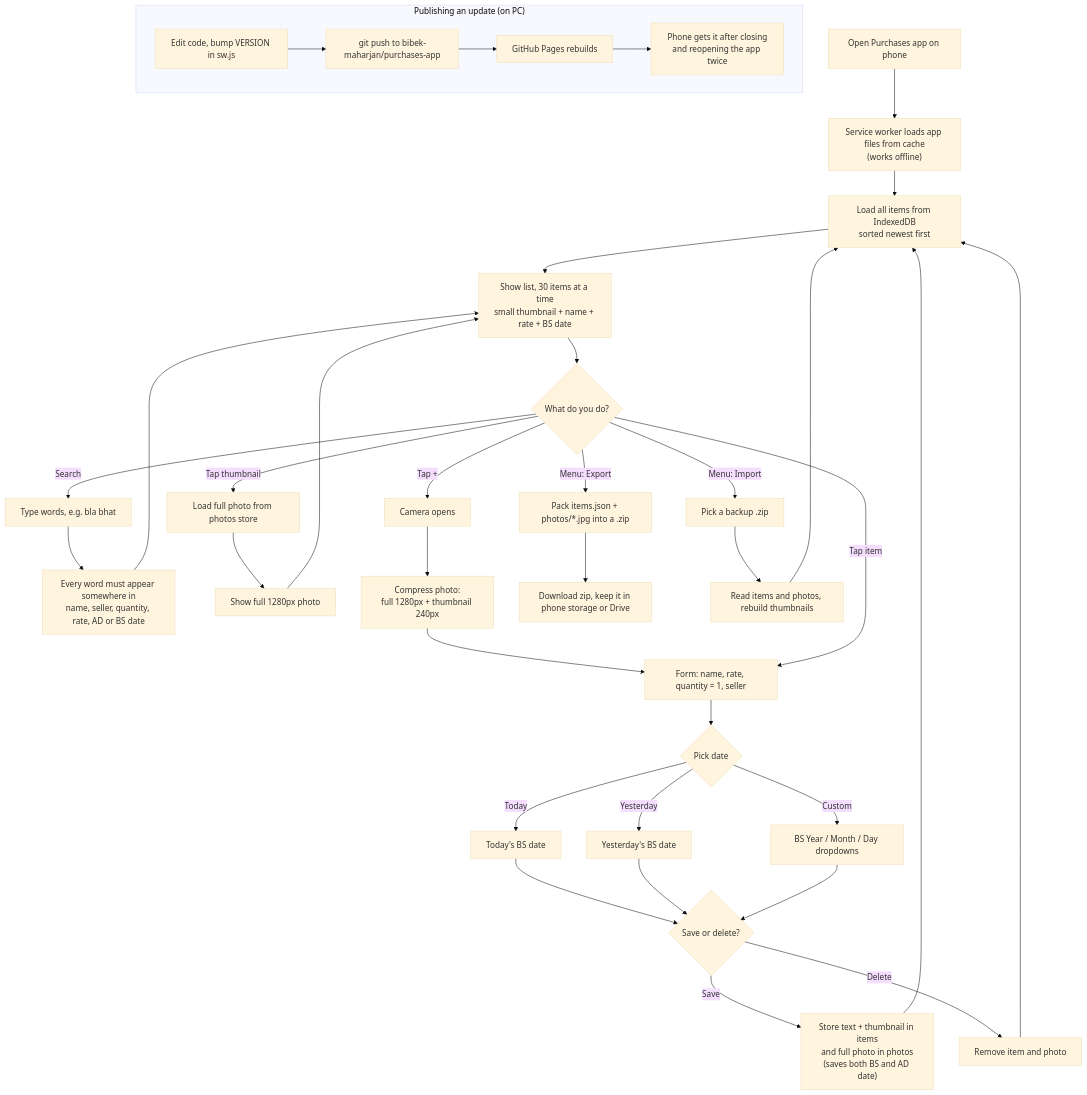
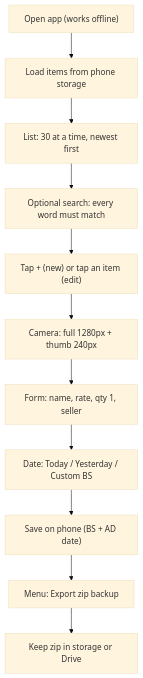
Before and after one commit to bibek-maharjan/purchases-app: the diagram in purchases-flow.mmd, drawn with Mermaid (base theme).

Commit message:
Narrow flow diagram for terminal

```diff
--- a/purchases-flow.mmd
+++ b/purchases-flow.mmd
@@ -1,41 +1,11 @@
 flowchart TD
-    A["Open Purchases app on phone"] --> B["Service worker loads app files from cache<br/>(works offline)"]
-    B --> C["Load all items from IndexedDB<br/>sorted newest first"]
-    C --> D["Show list, 30 items at a time<br/>small thumbnail + name + rate + BS date"]
-    D --> E{"What do you do?"}
-
-    E -->|Search| S1["Type words, e.g. bla bhat"]
-    S1 --> S2["Every word must appear somewhere in<br/>name, seller, quantity, rate, AD or BS date"]
-    S2 --> D
-
-    E -->|Tap thumbnail| V1["Load full photo from photos store"]
-    V1 --> V2["Show full 1280px photo"]
-    V2 --> D
-
-    E -->|Tap +| N1["Camera opens"]
-    N1 --> N2["Compress photo:<br/>full 1280px + thumbnail 240px"]
-    N2 --> F["Form: name, rate, quantity = 1, seller"]
-    E -->|Tap item| F
-    F --> G{"Pick date"}
-    G -->|Today| H["Today's BS date"]
-    G -->|Yesterday| H2["Yesterday's BS date"]
-    G -->|Custom| H3["BS Year / Month / Day dropdowns"]
-    H --> I{"Save or delete?"}
-    H2 --> I
-    H3 --> I
-    I -->|Save| J["Store text + thumbnail in items<br/>and full photo in photos<br/>(saves both BS and AD date)"]
-    I -->|Delete| K["Remove item and photo"]
-    J --> C
-    K --> C
-
-    E -->|Menu: Export| X1["Pack items.json + photos/*.jpg into a .zip"]
-    X1 --> X2["Download zip, keep it in phone storage or Drive"]
-    E -->|Menu: Import| Y1["Pick a backup .zip"]
-    Y1 --> Y2["Read items and photos, rebuild thumbnails"]
-    Y2 --> C
-
-    subgraph Update["Publishing an update (on PC)"]
-        U1["Edit code, bump VERSION in sw.js"] --> U2["git push to bibek-maharjan/purchases-app"]
-        U2 --> U3["GitHub Pages rebuilds"]
-        U3 --> U4["Phone gets it after closing<br/>and reopening the app twice"]
-    end
+    A["Open app (works offline)"] --> B["Load items from phone storage"]
+    B --> C["List: 30 at a time, newest first"]
+    C --> D["Optional search: every word must match"]
+    D --> E["Tap + (new) or tap an item (edit)"]
+    E --> F["Camera: full 1280px + thumb 240px"]
+    F --> G["Form: name, rate, qty 1, seller"]
+    G --> H["Date: Today / Yesterday / Custom BS"]
+    H --> I["Save on phone (BS + AD date)"]
+    I --> J["Menu: Export zip backup"]
+    J --> K["Keep zip in storage or Drive"]
```
